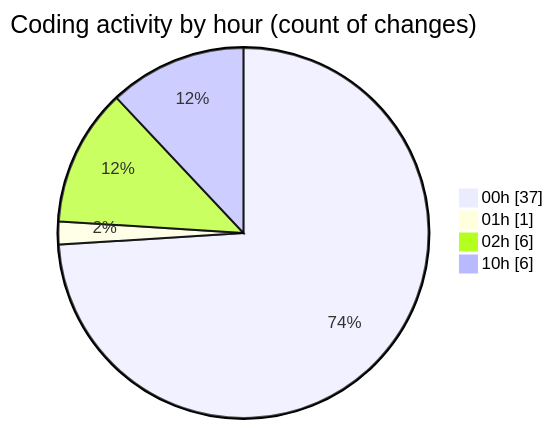
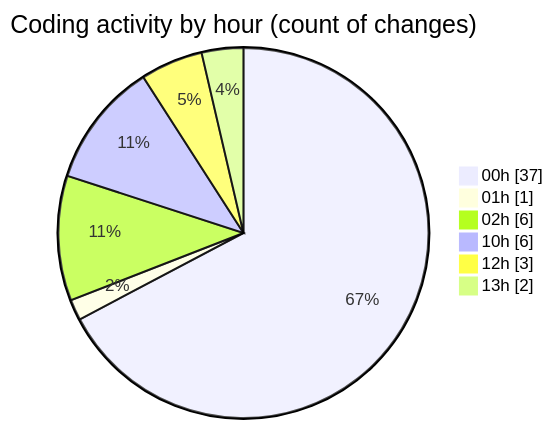
Before and after one commit to julien-gomy/code-tracking: the second of 2 diagrams in 2025-11-20/eventscop-frontend-guide__workspace_/README.md, drawn with Mermaid. The commit also changed other lines of this file and 1 other file, not shown here.

````diff
--- a/2025-11-20/eventscop-frontend-guide__workspace_/README.md
+++ b/2025-11-20/eventscop-frontend-guide__workspace_/README.md
@@ -44,8 +46,10 @@
 ```mermaid
 pie showData
 title Coding activity by hour (count of changes)
 "00h" : 37
 "01h" : 1
 "02h" : 6
 "10h" : 6
+"12h" : 3
+"13h" : 2
 ```
````
